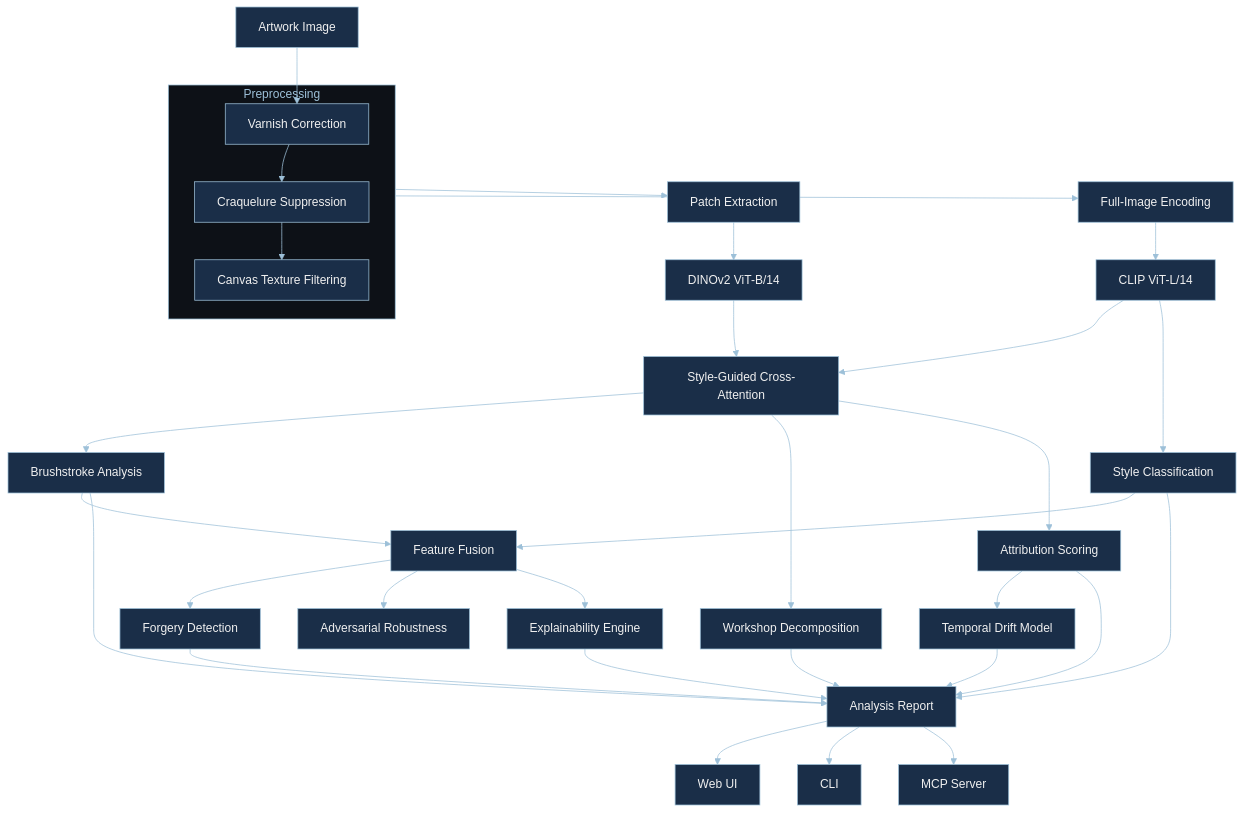
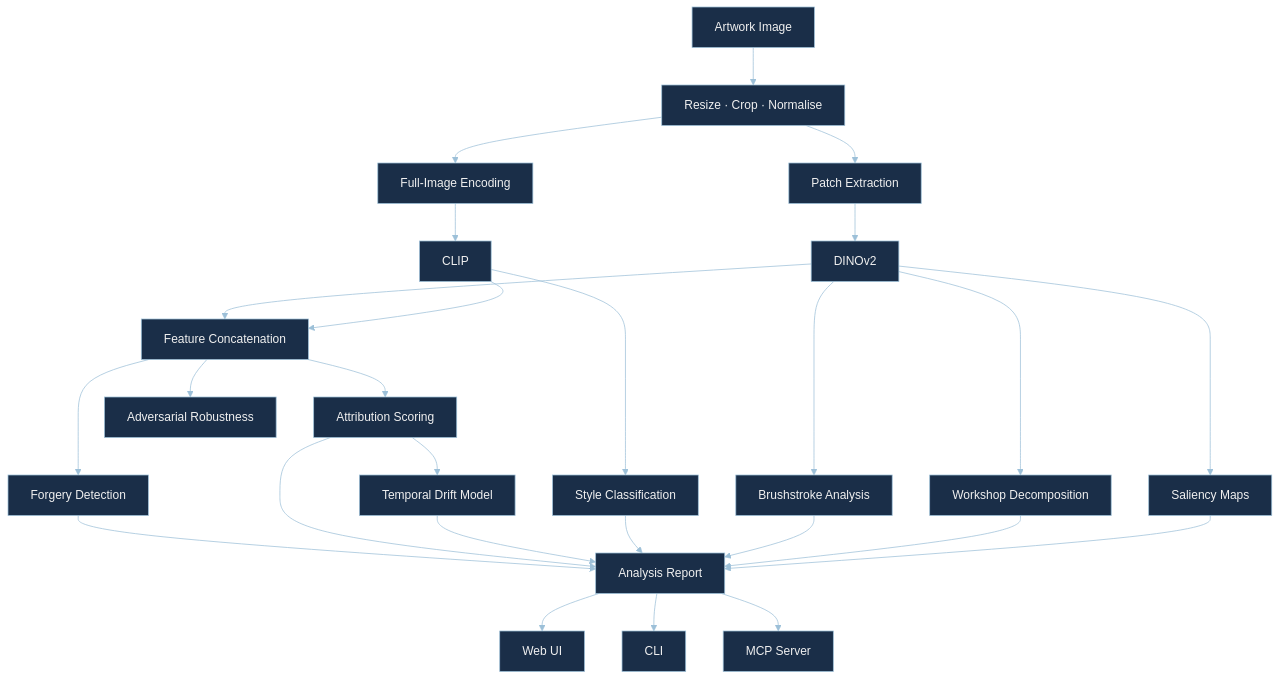
Before and after one commit to ladyFaye1998/ArtSleuth: the diagram in README.md, drawn with Mermaid. The commit also changed other lines of this file and 5 other files, not shown here.

````diff
--- a/README.md
+++ b/README.md
@@ -117,44 +117,39 @@
 ```mermaid
 %%{init: {'theme': 'base', 'themeVariables': {'primaryColor': '#1A2E48', 'primaryTextColor': '#F0F0F0', 'primaryBorderColor': '#9DC0D8', 'lineColor': '#9DC0D8', 'secondaryColor': '#1A2E48', 'tertiaryColor': '#1A2E48', 'edgeLabelBackground': '#0D1117', 'clusterBkg': '#0D1117', 'clusterBorder': '#9DC0D8', 'titleColor': '#9DC0D8'}}}%%
 
 graph TD
-    Input["Artwork Image"] --> Preprocess
+    Input["Artwork Image"] --> Resize["Resize · Crop · Normalise"]
 
-    subgraph prep ["Preprocessing"]
-        Preprocess["Varnish Correction"] --> Crack["Craquelure Suppression"]
-        Crack --> Canvas["Canvas Texture Filtering"]
-    end
+    Resize --> Patches["Patch Extraction"]
+    Resize --> FullImage["Full-Image Encoding"]
 
-    prep --> Patches["Patch Extraction"]
-    prep --> FullImage["Full-Image Encoding"]
+    Patches --> DINO["DINOv2"]
+    FullImage --> CLIPEnc["CLIP"]
 
-    Patches --> DINO["DINOv2 ViT-B/14"]
-    FullImage --> CLIPEnc["CLIP ViT-L/14"]
+    DINO --> Brushstroke["Brushstroke Analysis"]
+    DINO --> WorkshopNode["Workshop Decomposition"]
+    CLIPEnc --> Style["Style Classification"]
 
-    DINO --> CrossAttn["Style-Guided Cross-Attention"]
-    CLIPEnc --> CrossAttn
+    DINO --> Concat["Feature Concatenation"]
+    CLIPEnc --> Concat
 
-    CrossAttn --> Brushstroke["Brushstroke Analysis"]
-    CrossAttn --> WorkshopNode["Workshop Decomposition"]
-    CLIPEnc --> Style["Style Classification"]
-    CrossAttn --> Attribution["Attribution Scoring"]
+    Concat --> Attribution["Attribution Scoring"]
     Attribution --> Temporal["Temporal Drift Model"]
 
-    Brushstroke --> Fusion["Feature Fusion"]
-    Style --> Fusion
-    Fusion --> Forgery["Forgery Detection"]
-    Fusion --> Adversarial["Adversarial Robustness"]
-    Fusion --> Explain["Explainability Engine"]
+    Concat --> Forgery["Forgery Detection"]
+    Concat --> Adversarial["Adversarial Robustness"]
+
+    DINO --> Explain["Saliency Maps"]
 
     Forgery --> Report["Analysis Report"]
     Attribution --> Report
     Temporal --> Report
     Style --> Report
     Brushstroke --> Report
     WorkshopNode --> Report
     Explain --> Report
 
     Report --> WebUI["Web UI"]
     Report --> CLI["CLI"]
     Report --> MCP["MCP Server"]
 ```
````
